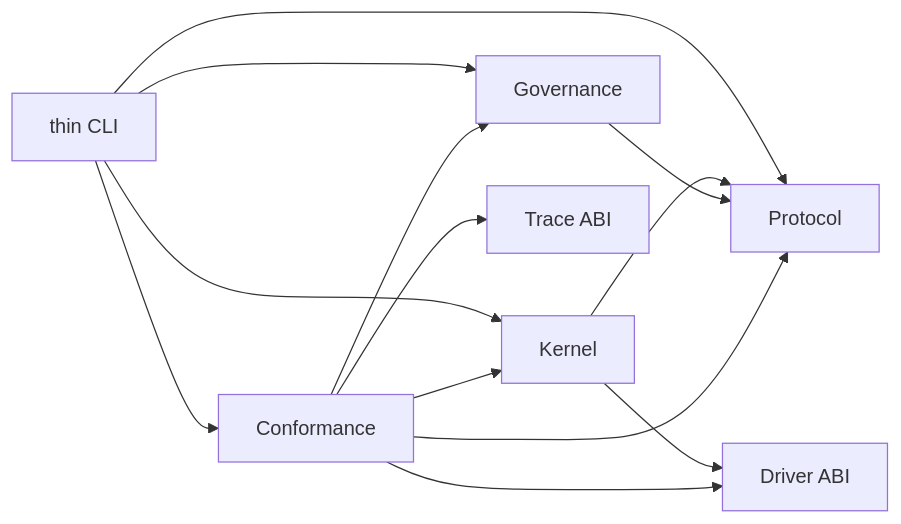
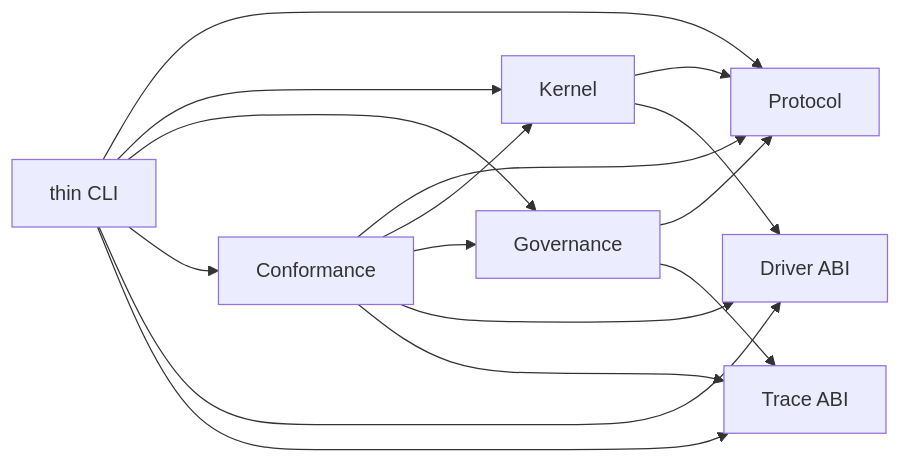
The diagram in docs/process/project-architecture-hardening-plan.md (Ju1se/PheroOS), drawn with Mermaid before and after one commit. The commit also changed other lines of this file and 32 other files, not shown here.

````diff
--- a/docs/process/project-architecture-hardening-plan.md
+++ b/docs/process/project-architecture-hardening-plan.md
@@ -67,17 +67,20 @@
 ```mermaid
 flowchart LR
     CLI["thin CLI"] --> Protocol
     CLI --> Kernel
     CLI --> Governance
     CLI --> Conformance
+    CLI --> Drivers
+    CLI --> Trace
     Kernel --> Protocol
     Kernel --> Drivers
     Governance --> Protocol
+    Governance --> Trace
     Conformance --> Protocol
     Conformance --> Kernel
     Conformance --> Governance
     Conformance --> Drivers
     Conformance --> Trace
     Drivers["Driver ABI"]
     Trace["Trace ABI"]
 ```
````
